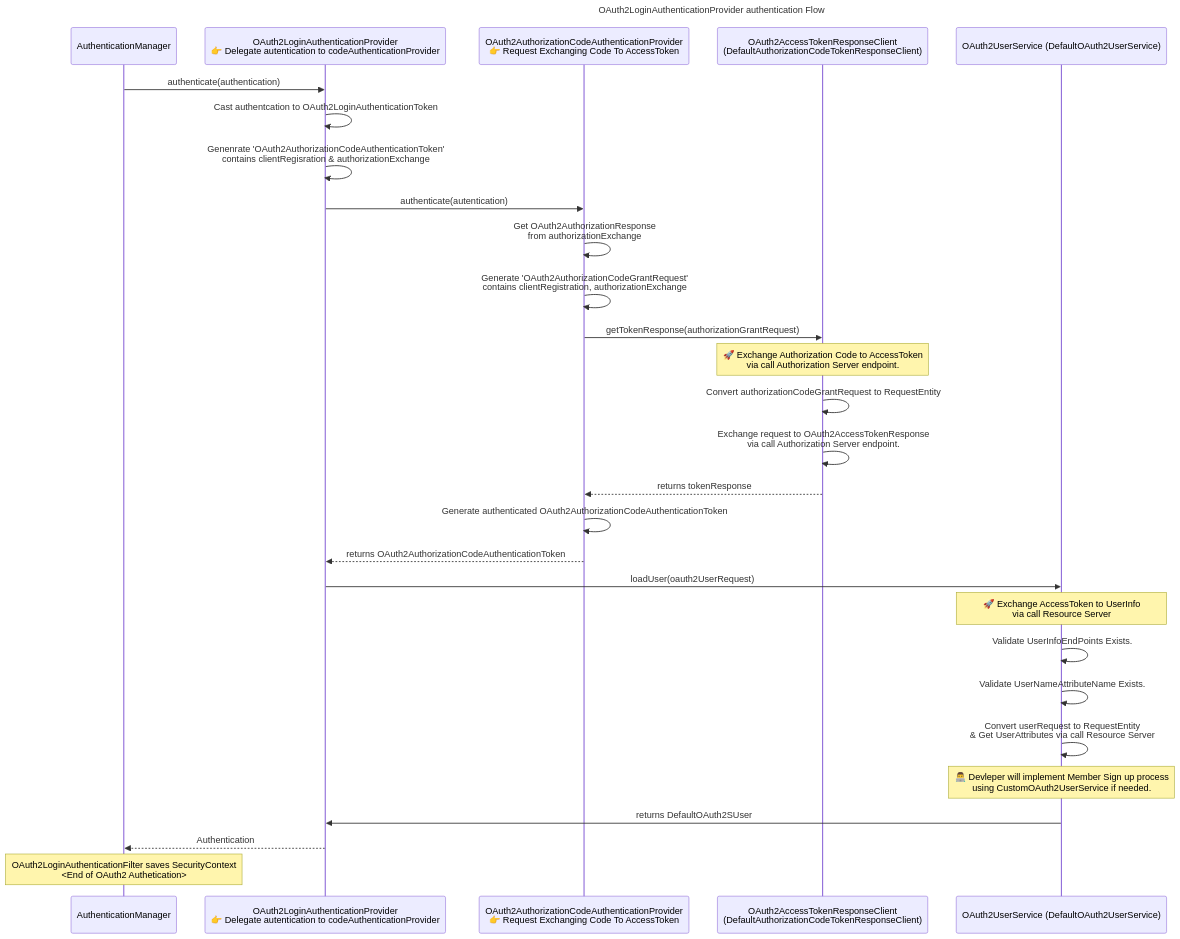
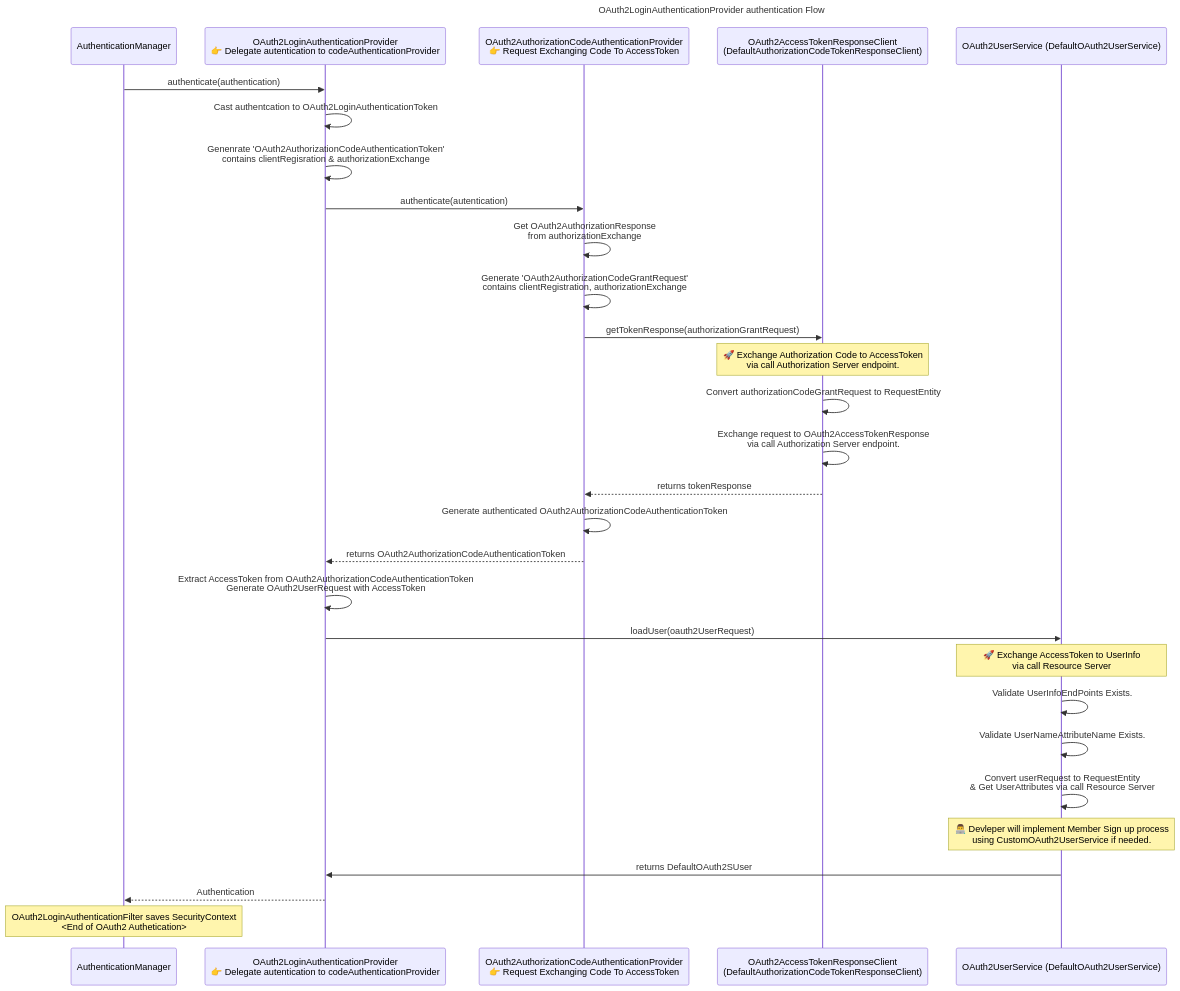
Before and after one commit to haero77/next-step-spring-security-oauth2: the fifth of 7 diagrams in README.md, drawn with Mermaid. The commit also changed other lines of this file, not shown here.

````diff
--- a/README.md
+++ b/README.md
@@ -194,50 +192,51 @@
 ```mermaid
 sequenceDiagram
     title OAuth2LoginAuthenticationProvider authentication Flow
 
     %% participants
     participant am as AuthenticationManager
-    participant op as OAuth2LoginAuthenticationProvider<br>👉 Delegate autentication to codeAuthenticationProvider
+    participant lap as OAuth2LoginAuthenticationProvider<br>👉 Delegate autentication to codeAuthenticationProvider
     participant acap as OAuth2AuthorizationCodeAuthenticationProvider<br>👉 Request Exchanging Code To AccessToken
     participant atrc as OAuth2AccessTokenResponseClient<br>(DefaultAuthorizationCodeTokenResponseClient)
     participant us as OAuth2UserService (DefaultOAuth2UserService)
 
     %% start sequences
-    am ->> op: authenticate(authentication)
+    am ->> lap: authenticate(authentication)
 
     %% OAuth2LoginAuthenticationProvider
-    op ->> op: Cast authentcation to OAuth2LoginAuthenticationToken
-    op ->> op: Genenrate 'OAuth2AuthorizationCodeAuthenticationToken'<br>contains clientRegisration & authorizationExchange
-    op ->> acap: authenticate(autentication)
+    lap ->> lap: Cast authentcation to OAuth2LoginAuthenticationToken
+    lap ->> lap: Genenrate 'OAuth2AuthorizationCodeAuthenticationToken'<br>contains clientRegisration & authorizationExchange
+    lap ->> acap: authenticate(autentication)
 
     %% OAuth2AuthorizationCodeAuthenticationProvider
     acap ->> acap: Get OAuth2AuthorizationResponse<br>from authorizationExchange
     acap ->> acap: Generate 'OAuth2AuthorizationCodeGrantRequest'<br>contains clientRegistration, authorizationExchange 
     acap ->> atrc: getTokenResponse(authorizationGrantRequest)
 
     %% OAuth2AccessTokenResponseClient
     note over atrc, atrc: 🚀 Exchange Authorization Code to AccessToken<br>via call Authorization Server endpoint.
     atrc ->> atrc: Convert authorizationCodeGrantRequest to RequestEntity
     atrc ->> atrc: Exchange request to OAuth2AccessTokenResponse<br>via call Authorization Server endpoint.
     atrc -->> acap: returns tokenResponse    
 
-    %% OAuth2UserService (DefaultOAuth2UserService)
     acap ->> acap: Generate authenticated OAuth2AuthorizationCodeAuthenticationToken
-    acap -->> op: returns OAuth2AuthorizationCodeAuthenticationToken
+    acap -->> lap: returns OAuth2AuthorizationCodeAuthenticationToken
+
+    %% request load user
+    lap ->> lap: Extract AccessToken from OAuth2AuthorizationCodeAuthenticationToken<br>Generate OAuth2UserRequest with AccessToken
+    lap ->> us: loadUser(oauth2UserRequest)
 
     %% UserService
-    op ->> us: loadUser(oauth2UserRequest)
-
     note over us, us: 🚀 Exchange AccessToken to UserInfo<br>via call Resource Server
     us ->> us: Validate UserInfoEndPoints Exists.
     us ->> us: Validate UserNameAttributeName Exists.
     us ->> us: Convert userRequest to RequestEntity<br>& Get UserAttributes via call Resource Server
 
     note over us, us: 👨‍💻 Devleper will implement Member Sign up process<br>using CustomOAuth2UserService if needed.
 
-    us ->> op: returns DefaultOAuth2SUser
+    us ->> lap: returns DefaultOAuth2SUser
 
     %% End of OAuth2 authentication
-    op -->> am: Authentication
+    lap -->> am: Authentication
     note over am, am: OAuth2LoginAuthenticationFilter saves SecurityContext<br><End of OAuth2 Authetication>
 ```
````
